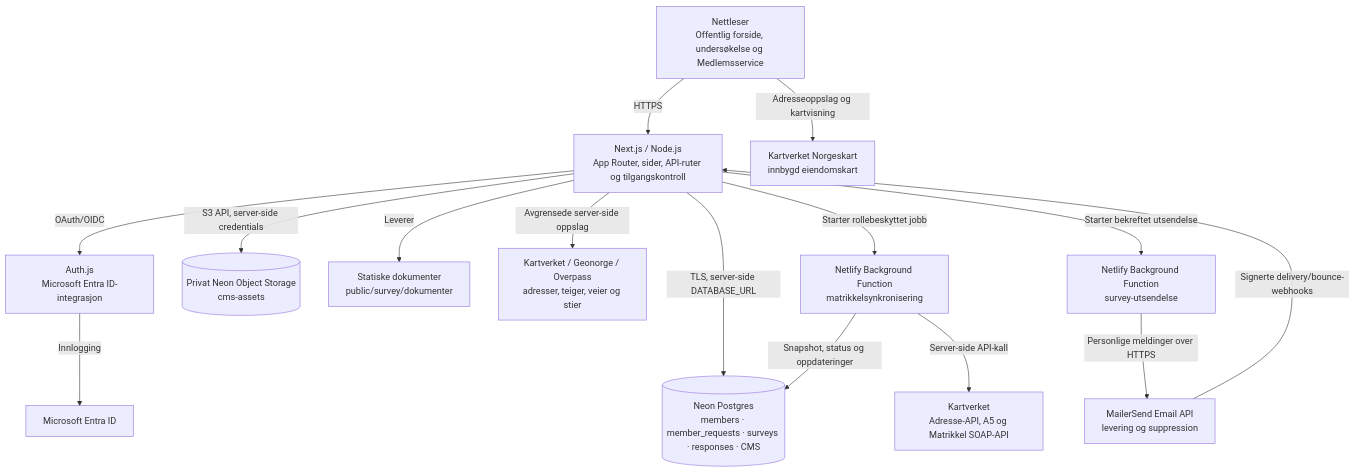
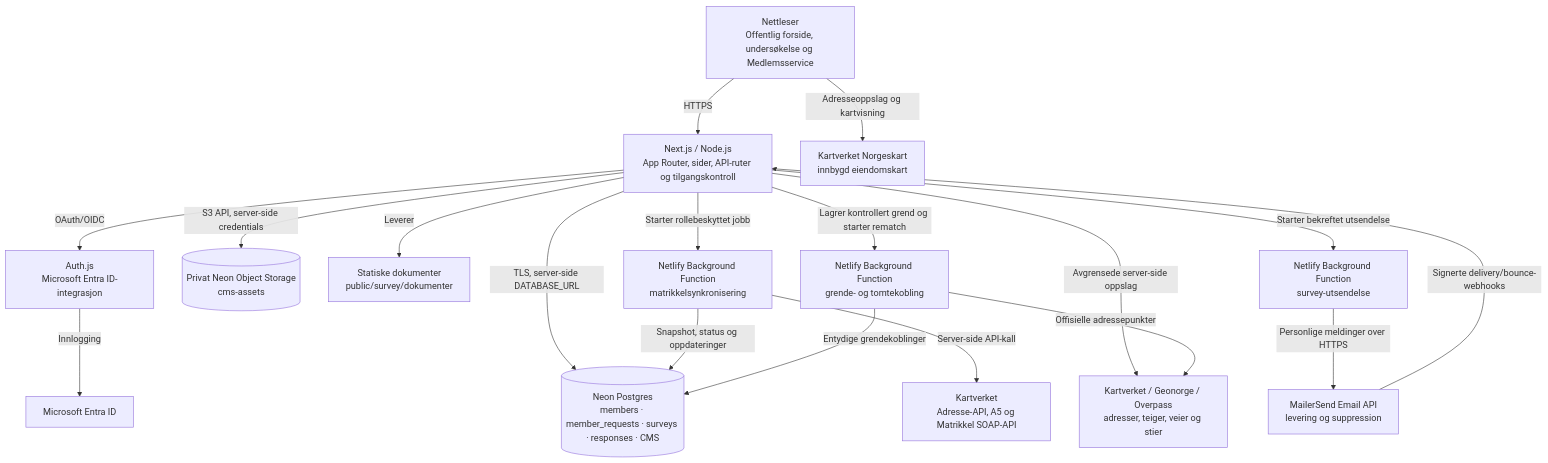
One commit to ibjohansen/tfv-poll changed the second of 6 diagrams in README.md. Above: the diagram before and after it, drawn with Mermaid. The commit also changed other lines of this file and 32 other files, not shown here.

````diff
--- a/README.md
+++ b/README.md
@@ -131,30 +131,34 @@
 ```mermaid
 flowchart TB
   browser["Nettleser\nOffentlig forside, undersøkelse og Medlemsservice"]
   next["Next.js / Node.js\nApp Router, sider, API-ruter og tilgangskontroll"]
   auth["Auth.js\nMicrosoft Entra ID-integrasjon"]
   db[("Neon Postgres\nmembers · member_requests · surveys · responses · CMS")]
   storage[("Privat Neon Object Storage\ncms-assets")]
   files["Statiske dokumenter\npublic/survey/dokumenter"]
   matrikkel["Kartverket\nAdresse-API, A5 og Matrikkel SOAP-API"]
   norgeskart["Kartverket Norgeskart\ninnbygd eiendomskart"]
   geodata["Kartverket / Geonorge / Overpass\nadresser, teiger, veier og stier"]
   worker["Netlify Background Function\nmatrikkelsynkronisering"]
+  hamletworker["Netlify Background Function\ngrende- og tomtekobling"]
   emailworker["Netlify Background Function\nsurvey-utsendelse"]
   mailer["MailerSend Email API\nlevering og suppression"]
 
   browser -->|"HTTPS"| next
   next -->|"OAuth/OIDC"| auth
   auth -->|"Innlogging"| entra["Microsoft Entra ID"]
   next -->|"TLS, server-side DATABASE_URL"| db
   next -->|"S3 API, server-side credentials"| storage
   next -->|"Leverer"| files
   next -->|"Starter rollebeskyttet jobb"| worker
+  next -->|"Lagrer kontrollert grend og starter rematch"| hamletworker
   next -->|"Starter bekreftet utsendelse"| emailworker
   emailworker -->|"Personlige meldinger over HTTPS"| mailer
   mailer -->|"Signerte delivery/bounce-webhooks"| next
   worker -->|"Server-side API-kall"| matrikkel
   browser -->|"Adresseoppslag og kartvisning"| norgeskart
   next -->|"Avgrensede server-side oppslag"| geodata
   worker -->|"Snapshot, status og oppdateringer"| db
+  hamletworker -->|"Entydige grendekoblinger"| db
+  hamletworker -->|"Offisielle adressepunkter"| geodata
 ```
````
